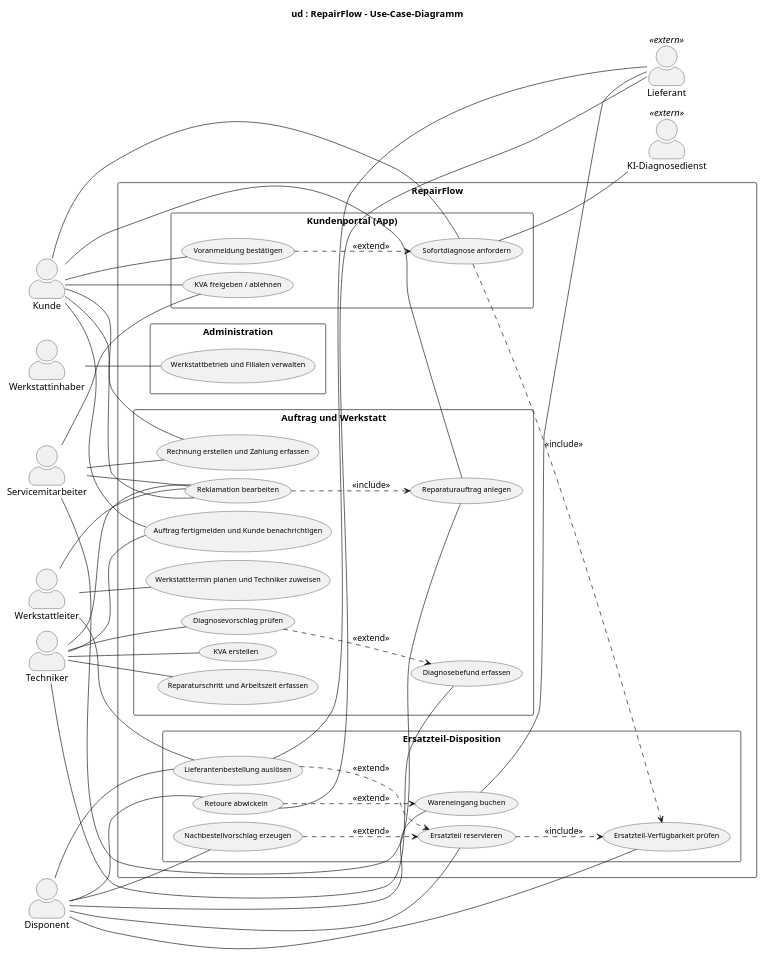
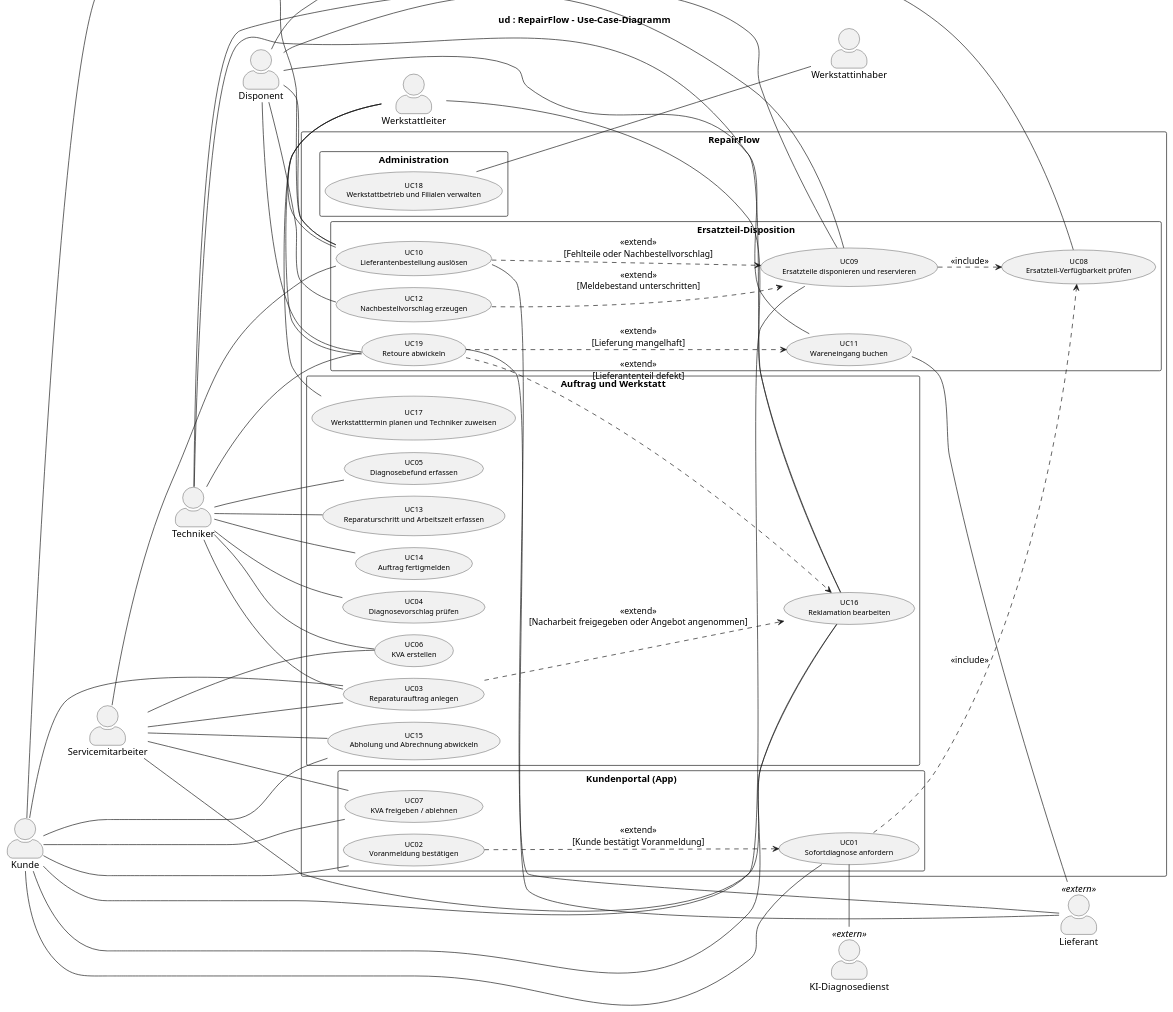
Before and after one commit to jakobschwan123-cmd/casestudy-semester-3: the diagram in uml/usecase.puml, drawn with PlantUML. The commit also changed 44 other files, not shown here.

Commit message:
[T04 2026-10-05] fix: align uml diagrams with bpmn processes

```diff
--- a/uml/usecase.puml
+++ b/uml/usecase.puml
@@ -1,91 +1,105 @@
 @startuml
+!pragma layout smetana
 left to right direction
 skinparam packageStyle rectangle
 skinparam defaultFontName Arial
 skinparam usecaseFontSize 11
 skinparam actorStyle awesome
 skinparam nodesep 12
 skinparam ranksep 60
 title ud : RepairFlow – Use-Case-Diagramm
 
 actor "Kunde" as Kunde
 actor "Techniker" as Techniker
 actor "Servicemitarbeiter" as Servicemitarbeiter
 actor "Disponent" as Disponent
 actor "Werkstattleiter" as Werkstattleiter
 actor "Werkstattinhaber" as Werkstattinhaber
 
 rectangle "RepairFlow" {
   rectangle "Kundenportal (App)" {
-    usecase "Sofortdiagnose anfordern" as UC01
-    usecase "Voranmeldung bestätigen" as UC02
-    usecase "KVA freigeben / ablehnen" as UC07
+    usecase "UC01\nSofortdiagnose anfordern" as UC01
+    usecase "UC02\nVoranmeldung bestätigen" as UC02
+    usecase "UC07\nKVA freigeben / ablehnen" as UC07
   }
   rectangle "Auftrag und Werkstatt" {
-    usecase "Reparaturauftrag anlegen" as UC03
-    usecase "Werkstatttermin planen und Techniker zuweisen" as UC17
-    usecase "Diagnosevorschlag prüfen" as UC04
-    usecase "Diagnosebefund erfassen" as UC05
-    usecase "KVA erstellen" as UC06
-    usecase "Reparaturschritt und Arbeitszeit erfassen" as UC13
-    usecase "Auftrag fertigmelden und Kunde benachrichtigen" as UC14
-    usecase "Rechnung erstellen und Zahlung erfassen" as UC15
-    usecase "Reklamation bearbeiten" as UC16
+    usecase "UC03\nReparaturauftrag anlegen" as UC03
+    usecase "UC17\nWerkstatttermin planen und Techniker zuweisen" as UC17
+    usecase "UC04\nDiagnosevorschlag prüfen" as UC04
+    usecase "UC05\nDiagnosebefund erfassen" as UC05
+    usecase "UC06\nKVA erstellen" as UC06
+    usecase "UC13\nReparaturschritt und Arbeitszeit erfassen" as UC13
+    usecase "UC14\nAuftrag fertigmelden" as UC14
+    usecase "UC15\nAbholung und Abrechnung abwickeln" as UC15
+    usecase "UC16\nReklamation bearbeiten" as UC16
   }
   rectangle "Ersatzteil-Disposition" {
-    usecase "Ersatzteil-Verfügbarkeit prüfen" as UC08
-    usecase "Ersatzteil reservieren" as UC09
-    usecase "Lieferantenbestellung auslösen" as UC10
-    usecase "Wareneingang buchen" as UC11
-    usecase "Nachbestellvorschlag erzeugen" as UC12
-    usecase "Retoure abwickeln" as UC19
+    usecase "UC08\nErsatzteil-Verfügbarkeit prüfen" as UC08
+    usecase "UC09\nErsatzteile disponieren und reservieren" as UC09
+    usecase "UC10\nLieferantenbestellung auslösen" as UC10
+    usecase "UC11\nWareneingang buchen" as UC11
+    usecase "UC12\nNachbestellvorschlag erzeugen" as UC12
+    usecase "UC19\nRetoure abwickeln" as UC19
   }
   rectangle "Administration" {
-    usecase "Werkstattbetrieb und Filialen verwalten" as UC18
+    usecase "UC18\nWerkstattbetrieb und Filialen verwalten" as UC18
   }
 }
 
 actor "Lieferant" as Lieferant <<extern>>
 actor "KI-Diagnosedienst" as KIDienst <<extern>>
 
-Kunde -- UC01
-Kunde -- UC02
-Kunde -- UC03
-Kunde -- UC07
-Kunde -- UC14
-Kunde -- UC15
-Kunde -- UC16
-Techniker -- UC04
-Techniker -- UC05
-Techniker -- UC06
-Techniker -- UC13
-Techniker -- UC14
-Techniker -- UC16
-Servicemitarbeiter -- UC03
-Servicemitarbeiter -- UC07
-Servicemitarbeiter -- UC15
-Servicemitarbeiter -- UC16
-Disponent -- UC08
-Disponent -- UC09
-Disponent -- UC10
-Disponent -- UC11
-Disponent -- UC12
-Disponent -- UC19
-Werkstattleiter -- UC10
-Werkstattleiter -- UC16
-Werkstattleiter -- UC17
-Werkstattinhaber -- UC18
-UC10 -- Lieferant
-UC11 -- Lieferant
-UC19 -- Lieferant
-UC01 -- KIDienst
+Kunde -right- UC01
+Kunde -right- UC02
+Kunde -right- UC03
+Kunde -right- UC07
+Kunde -right- UC09
+Kunde -right- UC10
+Kunde -right- UC15
+Kunde -right- UC16
+Techniker -right- UC03
+Techniker -right- UC04
+Techniker -right- UC05
+Techniker -right- UC06
+Techniker -right- UC09
+Techniker -right- UC13
+Techniker -right- UC14
+Techniker -right- UC16
+Techniker -right- UC19
+Servicemitarbeiter -right- UC03
+Servicemitarbeiter -right- UC06
+Servicemitarbeiter -right- UC07
+Servicemitarbeiter -right- UC10
+Servicemitarbeiter -right- UC15
+Servicemitarbeiter -right- UC16
+Disponent -right- UC08
+Disponent -right- UC09
+Disponent -right- UC10
+Disponent -right- UC11
+Disponent -right- UC12
+Disponent -right- UC19
+Werkstattleiter -right- UC10
+Werkstattleiter -right- UC16
+Werkstattleiter -right- UC17
+Werkstattleiter -right- UC19
+Werkstattinhaber -right- UC18
+UC10 -right- Lieferant
+UC11 -right- Lieferant
+UC19 -right- Lieferant
+UC01 -right- KIDienst
+Kunde -[hidden]down- Servicemitarbeiter
+Servicemitarbeiter -[hidden]down- Techniker
+Techniker -[hidden]down- Disponent
+Disponent -[hidden]down- Werkstattleiter
+Werkstattleiter -[hidden]down- Werkstattinhaber
+KIDienst -[hidden]down- Lieferant
 
 UC01 ..> UC08 : <<include>>
 UC09 ..> UC08 : <<include>>
-UC16 ..> UC03 : <<include>>
-UC02 ..> UC01 : <<extend>>
-UC04 ..> UC05 : <<extend>>
-UC10 ..> UC09 : <<extend>>
-UC12 ..> UC09 : <<extend>>
-UC19 ..> UC11 : <<extend>>
+UC02 ..> UC01 : <<extend>>\n[Kunde bestätigt Voranmeldung]
+UC10 ..> UC09 : <<extend>>\n[Fehlteile oder Nachbestellvorschlag]
+UC12 ..> UC09 : <<extend>>\n[Meldebestand unterschritten]
+UC03 ..> UC16 : <<extend>>\n[Nacharbeit freigegeben oder Angebot angenommen]
+UC19 ..> UC11 : <<extend>>\n[Lieferung mangelhaft]
+UC19 ..> UC16 : <<extend>>\n[Lieferantenteil defekt]
 @enduml
```
